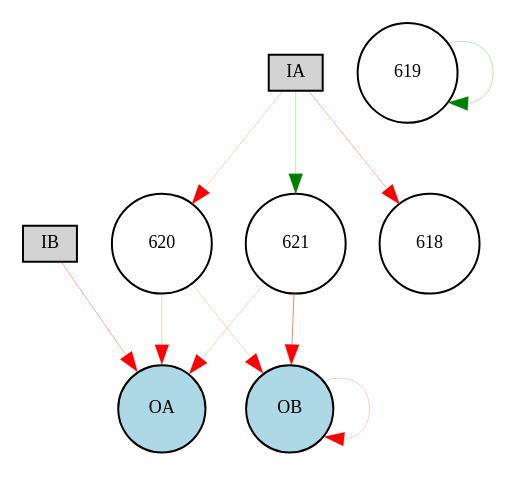
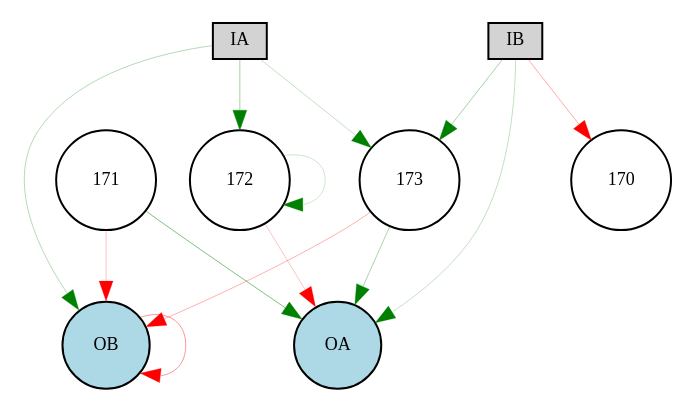
One commit to danxan/neuromorphic-evolution changed the diagram in source/discrete_experiment/Digraph.gv. Above: the diagram before and after it, drawn with Graphviz. The commit also changed 5 other files, not shown here.

```diff
--- a/source/discrete_experiment/Digraph.gv
+++ b/source/discrete_experiment/Digraph.gv
@@ -1,19 +1,23 @@
 digraph {
 	node [fontsize=9 height=0.2 shape=circle width=0.2]
 	IA [fillcolor=lightgray shape=box style=filled]
 	IB [fillcolor=lightgray shape=box style=filled]
 	OA [fillcolor=lightblue style=filled]
 	OB [fillcolor=lightblue style=filled]
-	620 [fillcolor=white style=filled]
-	621 [fillcolor=white style=filled]
-	IA -> 618 [color=red penwidth=0.15310139526347244 style=solid]
-	IA -> 620 [color=red penwidth=0.1 style=solid]
-	IA -> 621 [color=green penwidth=0.1168276313483829 style=solid]
-	620 -> OA [color=red penwidth=0.1 style=solid]
-	620 -> OB [color=red penwidth=0.1 style=solid]
-	621 -> OA [color=red penwidth=0.1 style=solid]
-	621 -> OB [color=red penwidth=0.24686075920777656 style=solid]
-	IB -> OA [color=red penwidth=0.16997537389267586 style=solid]
-	OB -> OB [color=red penwidth=0.1 style=solid]
-	619 -> 619 [color=green penwidth=0.12027496836013338 style=solid]
+	171 [fillcolor=white style=filled]
+	172 [fillcolor=white style=filled]
+	173 [fillcolor=white style=filled]
+	IA -> 172 [color=green penwidth=0.18177453518927827 style=solid]
+	IA -> 173 [color=green penwidth=0.11525654338224839 style=solid]
+	172 -> 172 [color=green penwidth=0.1005191522313945 style=solid]
+	171 -> OA [color=green penwidth=0.25254836759968013 style=solid]
+	173 -> OA [color=green penwidth=0.166803024220898 style=solid]
+	IB -> OA [color=green penwidth=0.11744115130427661 style=solid]
+	IA -> OB [color=green penwidth=0.14901999032238702 style=solid]
+	173 -> OB [color=red penwidth=0.16257283005870055 style=solid]
+	172 -> OA [color=red penwidth=0.12035679259011856 style=solid]
+	171 -> OB [color=red penwidth=0.11622399935816598 style=solid]
+	IB -> 173 [color=green penwidth=0.1769971528190641 style=solid]
+	OB -> OB [color=red penwidth=0.20559698748429434 style=solid]
+	IB -> 170 [color=red penwidth=0.1669423787243272 style=solid]
 }
```
